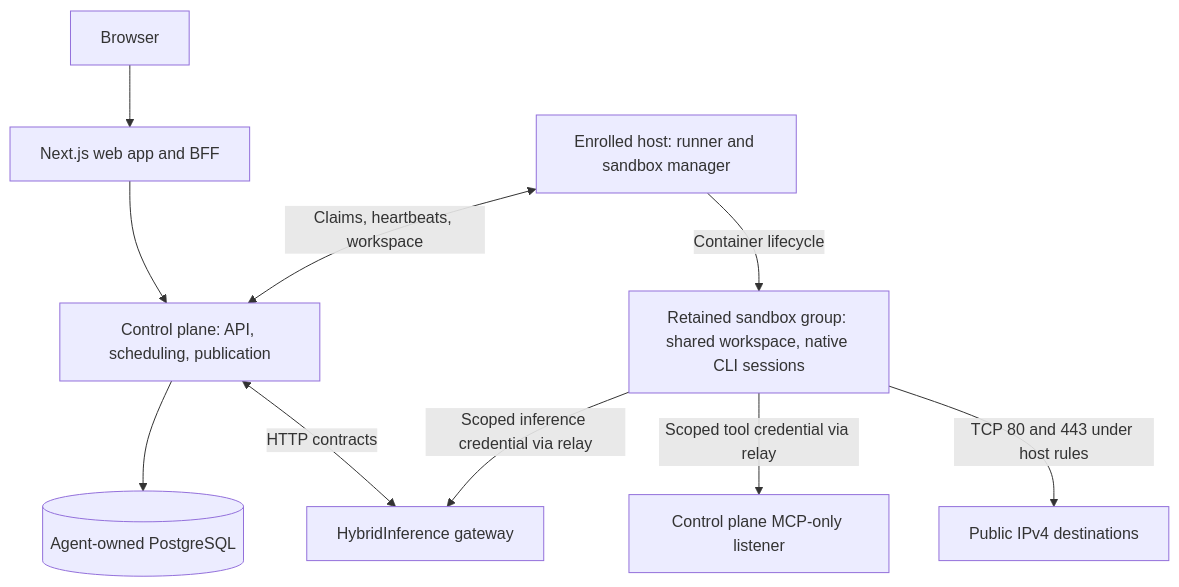
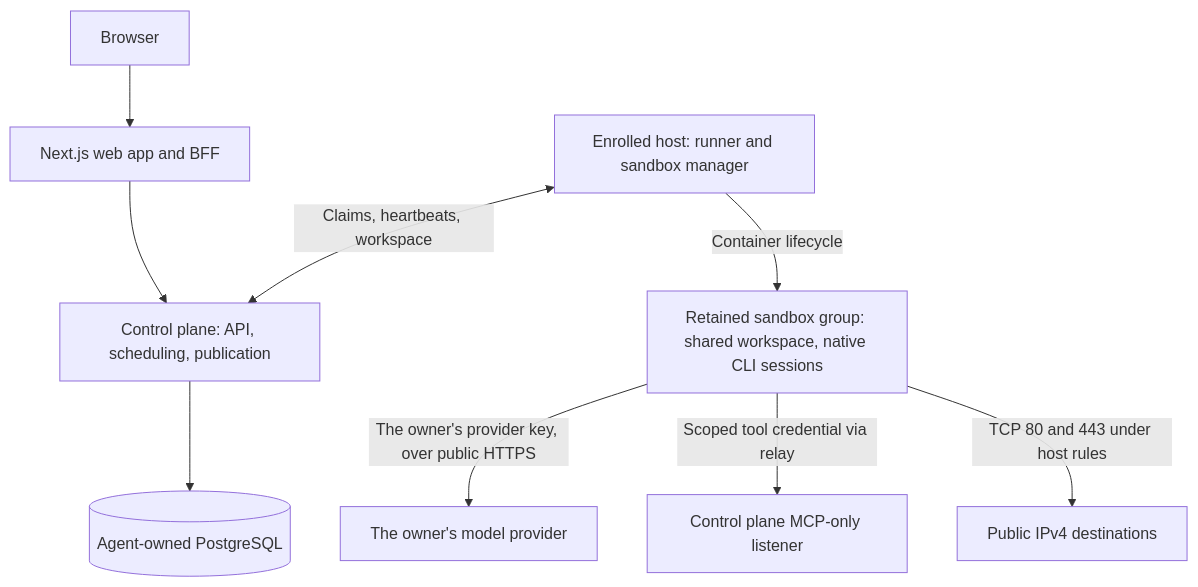
One commit to HarvardMadSys/hybridInference-cloud-agent changed the diagram in README.md. Above: the diagram before and after it, drawn with Mermaid. The commit also changed other lines of this file and 60 other files, not shown here.

````diff
--- a/README.md
+++ b/README.md
@@ -95,12 +97,11 @@
 ```mermaid
 flowchart TD
     Browser[Browser] --> Web[Next.js web app and BFF]
     Web --> Control[Control plane: API, scheduling, publication]
     Control --> Database[(Agent-owned PostgreSQL)]
-    Control <-->|HTTP contracts| Gateway[HybridInference gateway]
     Host[Enrolled host: runner and sandbox manager] <-->|Claims, heartbeats, workspace| Control
     Host -->|Container lifecycle| Sandbox[Retained sandbox group: shared workspace, native CLI sessions]
-    Sandbox -->|Scoped inference credential via relay| Gateway
+    Sandbox -->|The owner's provider key, over public HTTPS| Provider[The owner's model provider]
     Sandbox -->|Scoped tool credential via relay| MCP[Control plane MCP-only listener]
     Sandbox -->|TCP 80 and 443 under host rules| Public[Public IPv4 destinations]
 ```
````
